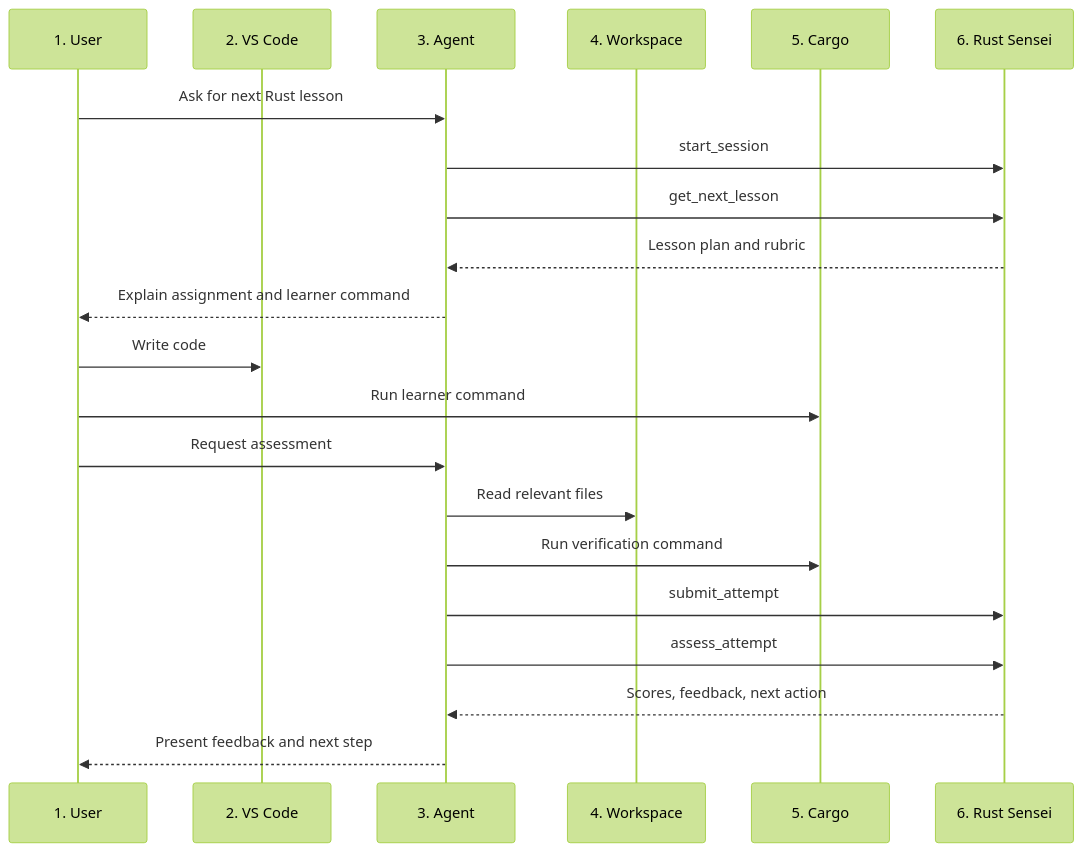
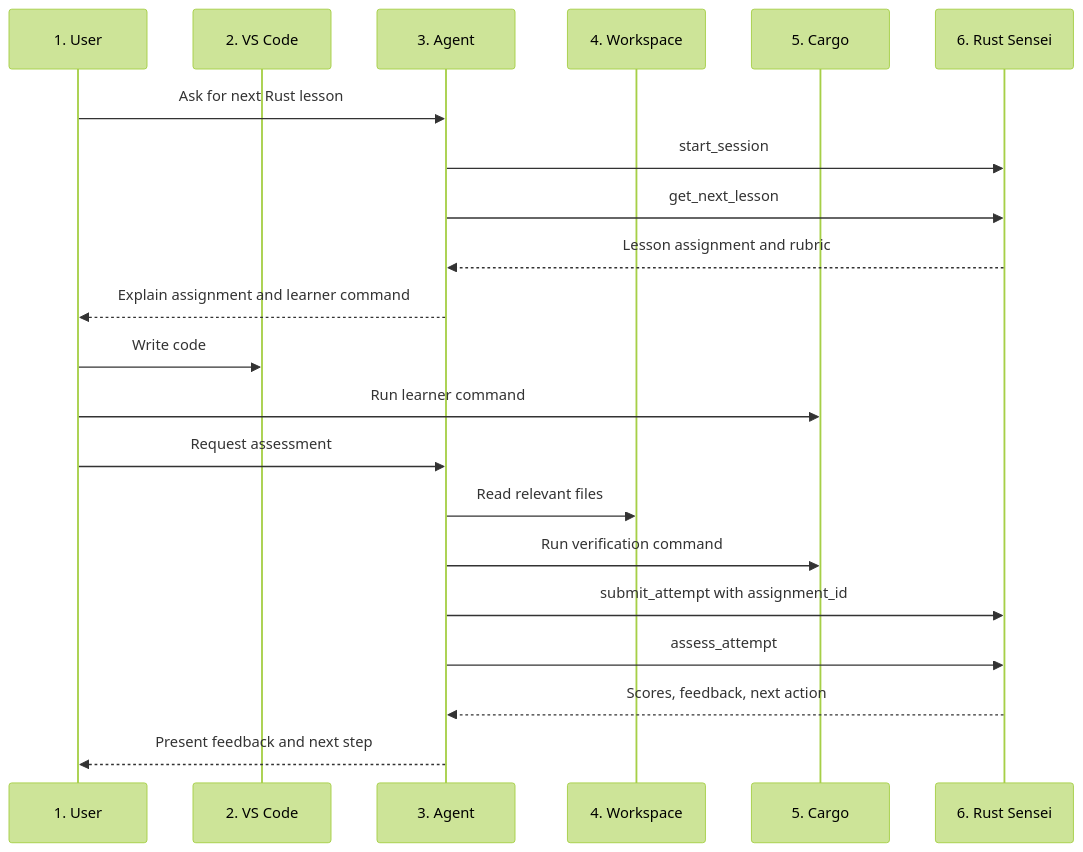
The diagram in docs/lld-ai-agent.md (melaniesifen/RustSensei), drawn with Mermaid (forest theme) before and after one commit. The commit also changed other lines of this file and 4 other files, not shown here.

````diff
--- a/docs/lld-ai-agent.md
+++ b/docs/lld-ai-agent.md
@@ -131,24 +188,24 @@
 ```mermaid
 sequenceDiagram
     participant U as 1. User
     participant V as 2. VS Code
     participant A as 3. Agent
     participant W as 4. Workspace
     participant C as 5. Cargo
     participant S as 6. Rust Sensei
 
     U->>A: Ask for next Rust lesson
     A->>S: start_session
     A->>S: get_next_lesson
-    S-->>A: Lesson plan and rubric
+    S-->>A: Lesson assignment and rubric
     A-->>U: Explain assignment and learner command
     U->>V: Write code
     U->>C: Run learner command
     U->>A: Request assessment
     A->>W: Read relevant files
     A->>C: Run verification command
-    A->>S: submit_attempt
+    A->>S: submit_attempt with assignment_id
     A->>S: assess_attempt
     S-->>A: Scores, feedback, next action
     A-->>U: Present feedback and next step
 ```
````
